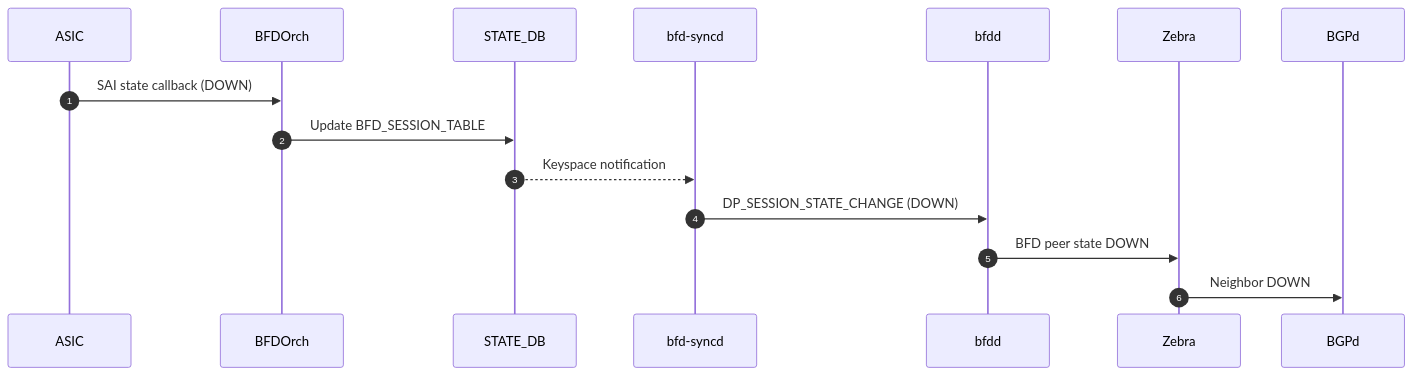
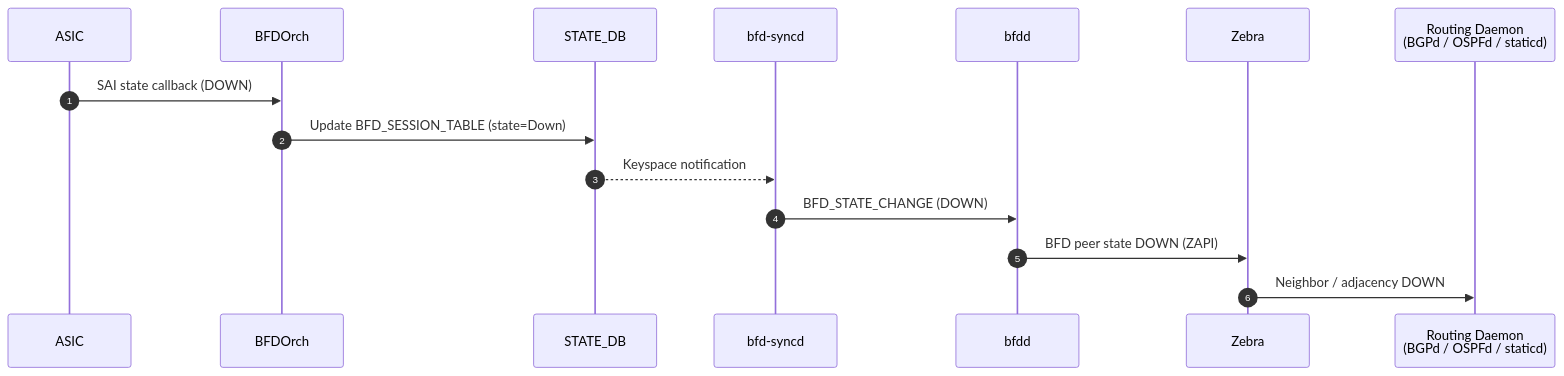
Before and after one commit to sonic-net/SONiC: the fifth of 13 diagrams in doc/bfd/BFD_Syncd_HLD.md, drawn with Mermaid. The commit also changed other lines of this file, not shown here.

Commit message:
Update BFD_Syncd_HLD.md with v0.2

````diff
--- a/doc/bfd/BFD_Syncd_HLD.md
+++ b/doc/bfd/BFD_Syncd_HLD.md
@@ -284,18 +445,18 @@
 ```mermaid
 sequenceDiagram
     autonumber
     participant ASIC
     participant BFDOrch
     participant STATE_DB
     participant bfd-syncd
     participant bfdd
     participant Zebra
-    participant BGPd
+    participant RoutingDaemon as Routing Daemon<br/>(BGPd / OSPFd / staticd)
 
     ASIC->>BFDOrch: SAI state callback (DOWN)
-    BFDOrch->>STATE_DB: Update BFD_SESSION_TABLE
+    BFDOrch->>STATE_DB: Update BFD_SESSION_TABLE (state=Down)
     STATE_DB-->>bfd-syncd: Keyspace notification
-    bfd-syncd->>bfdd: DP_SESSION_STATE_CHANGE (DOWN)
-    bfdd->>Zebra: BFD peer state DOWN
-    Zebra->>BGPd: Neighbor DOWN
+    bfd-syncd->>bfdd: BFD_STATE_CHANGE (DOWN)
+    bfdd->>Zebra: BFD peer state DOWN (ZAPI)
+    Zebra->>RoutingDaemon: Neighbor / adjacency DOWN
 ```
````
